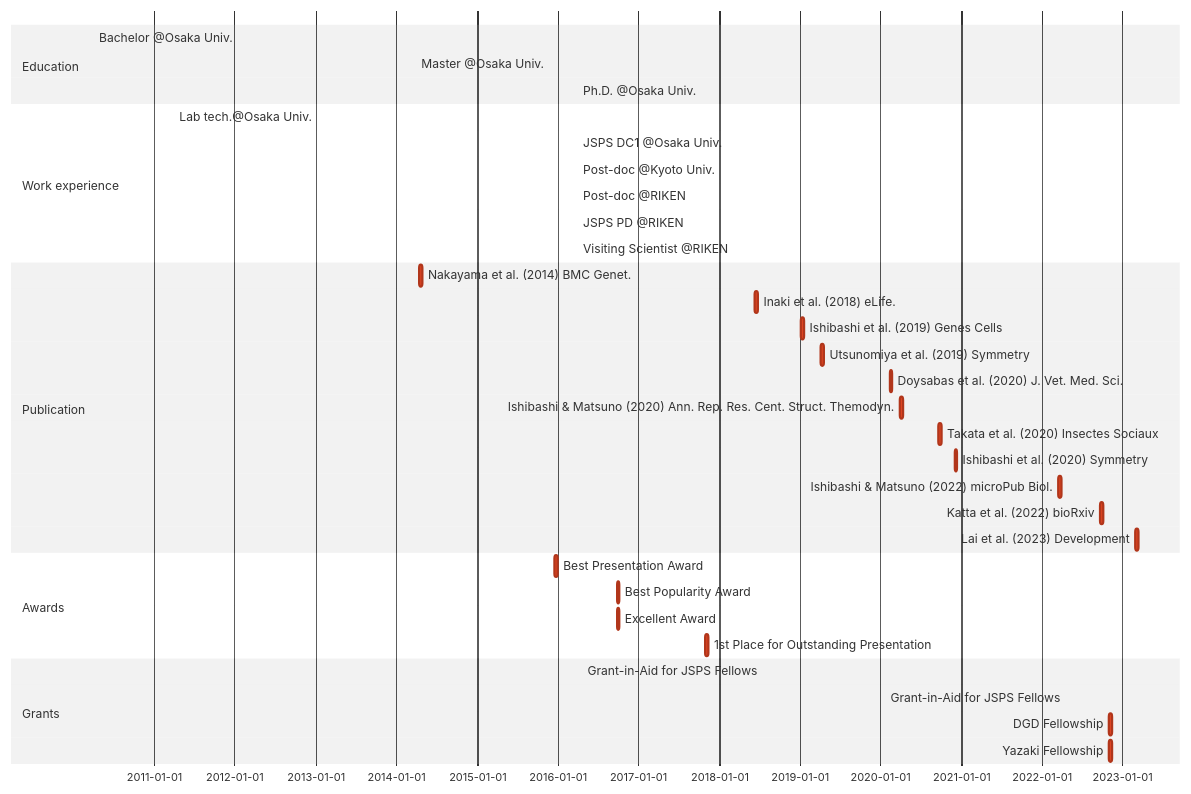
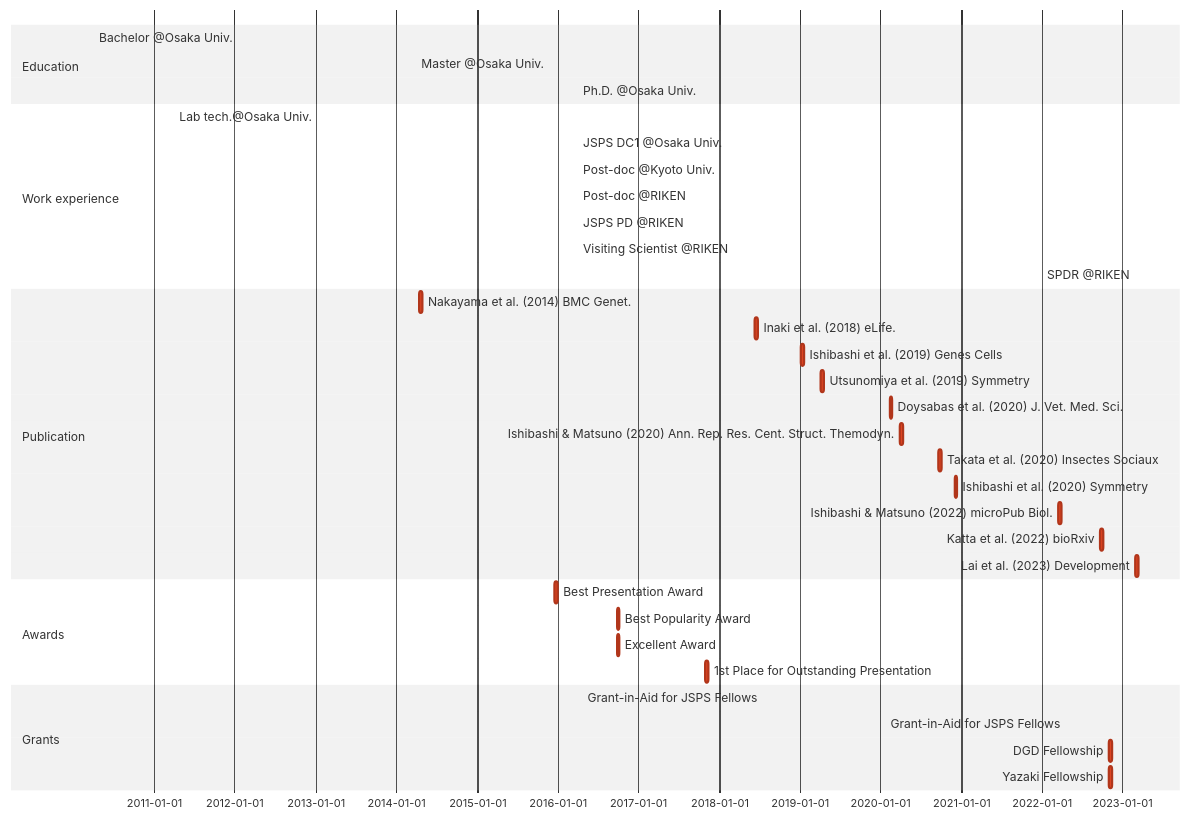
One commit to ishibaki/ishibaki.github.io changed the diagram in _includes/mermaid-cv.md. Above: the diagram before and after it, drawn with Mermaid (neutral theme).

````diff
--- a/_includes/mermaid-cv.md
+++ b/_includes/mermaid-cv.md
@@ -1,36 +1,37 @@
 ```mermaid
 gantt
 section Education
   Bachelor @Osaka Univ. : BS, 2010-04-01, 2014-03-25
   Master @Osaka Univ.   : MS, 2014-04-01, 2016-03-28
   Ph.D. @Osaka Univ.    : Ph.D., 2016-04-01, 2019-03-25
 section Work experience
   Lab tech.@Osaka Univ.     : done, OU-tech, 2011-04-01, 2012-03-31
   JSPS DC1 @Osaka Univ.     : done, DC1, 2016-04-01, 2019-03-31
   Post-doc @Kyoto Univ.     : done, KU-postdoc, after DC1, 2021-04-30
   Post-doc @RIKEN           : done, RIKEN-postdoc, after KU-postdoc, 2022-03-31
-  JSPS PD @RIKEN            : active, PD, after RIKEN-postdoc, 2025-03-31
-  Visiting Scientist @RIKEN : active, PD, after RIKEN-postdoc, 2025-03-31
+  JSPS PD @RIKEN            : active, PD, after RIKEN-postdoc, 2023-03-31
+  Visiting Scientist @RIKEN : active, Visit-Sci, after RIKEN-postdoc, 2023-03-31
+  SPDR @RIKEN               : SPDR, after VisitSci, 2026-03-31
 section Publication
   Nakayama et al. (2014) BMC Genet.         : crit, nakayama2014, 2014-04-16, 2w
   Inaki et al. (2018) eLife.                : crit, inaki2018, 2018-06-12, 2w
   Ishibashi et al. (2019) Genes Cells       : crit, ishibashi2019, 2019-01-09, 2w
   Utsunomiya et al. (2019) Symmetry         : crit, utsunomiya2019, 2019-04-08, 2w
   Doysabas et al. (2020) J. Vet. Med. Sci.  : crit, doysabas2020, 2020-02-12, 2w
   Ishibashi & Matsuno (2020) Ann. Rep. Res. Cent. Struct. Themodyn. : crit, ishibashi2020a, 2020-04-01, 2w
   Takata et al. (2020) Insectes Sociaux     : crit, takata2020, 2020-09-22, 2w
   Ishibashi et al. (2020) Symmetry          : crit, ishibashi2020b, 2020-12-02, 2w
   Ishibashi & Matsuno (2022) microPub Biol. : crit, ishibashi2022, 2022-03-18, 2w
   Katta et al. (2022) bioRxiv               : crit, Katta2022, 2022-09-22, 2w
   Lai et al. (2023) Development             : crit, Lai2023, 2023-03-02, 2w
 section Awards
   Best Presentation Award                : crit, aw_1, 2015-12-20, 2w
   Best Popularity Award                  : crit, aw_2, 2016-09-25, 2w
   Excellent Award                        : crit, aw_3, 2016-09-25, 2w
   1st Place for Outstanding Presentation : crit, aw_4, 2017-11-01, 2w
 section Grants
   Grant-in-Aid for JSPS Fellows : done, grant_DC1, 2016-04-22, 2019-03-31
   Grant-in-Aid for JSPS Fellows : active, grant_PD, 2022-04-22, 2025-03-31
   DGD Fellowship:                 crit, dgd_fellowship, 2022-11-04, 2w
   Yazaki Fellowship:              crit, yazaki_fellowship, 2022-11-04, 2w
 ```
````
